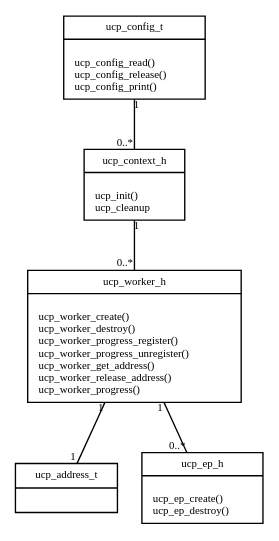
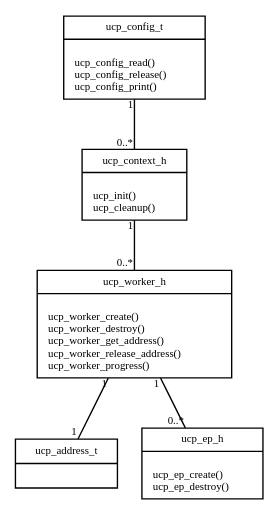
One commit to openucx/ucx changed the diagram in doc/uml/ucp.dot. Above: the diagram before and after it, drawn with Graphviz.

Commit message:
DOC/UML: Addressing reviewers comments

```diff
--- a/doc/uml/ucp.dot
+++ b/doc/uml/ucp.dot
@@ -1,52 +1,52 @@
 digraph G {
     fontname = "Bitstream Vera Sans"
         fontsize = 8
 
         node [
         fontname = "Bitstream Vera Sans"
         fontsize = 8
         shape = "record"
         ]
 
         edge [
         fontname = "Bitstream Vera Sans"
         fontsize = 8
         ]
 
         ucp_config_t [
         label = "{ucp_config_t|\l ucp_config_read()\l ucp_config_release()\l ucp_config_print()\l}"
         ]
 
         ucp_context_h [
-        label = "{ucp_context_h|\l ucp_init()\l ucp_cleanup\l}"
+        label = "{ucp_context_h|\l ucp_init()\l ucp_cleanup()\l}"
         ]
 
         ucp_worker_h [
-        label = "{ucp_worker_h|\l ucp_worker_create()\l ucp_worker_destroy()\l ucp_worker_progress_register()\l ucp_worker_progress_unregister()\l ucp_worker_get_address()\l ucp_worker_release_address()\l ucp_worker_progress()\l}"
+        label = "{ucp_worker_h|\l ucp_worker_create()\l ucp_worker_destroy()\l ucp_worker_get_address()\l ucp_worker_release_address()\l ucp_worker_progress()\l}"
         ]
 
         ucp_address_t [
         label = "{ucp_address_t|}"
         ]
 
         ucp_ep_h [
         label = "{ucp_ep_h|\l ucp_ep_create()\l ucp_ep_destroy()\l}"
         ]
 
         edge [
         arrowhead = "none"
         taillabel= "1"
         headlabel = "0..*"
         ]
 
         ucp_config_t  -> ucp_context_h
         ucp_context_h -> ucp_worker_h
         ucp_worker_h  -> ucp_ep_h
 
         edge [
         arrowhead = "none"
         taillabel= "1"
         headlabel = "1"
         ]
         ucp_worker_h  -> ucp_address_t
 }
```
